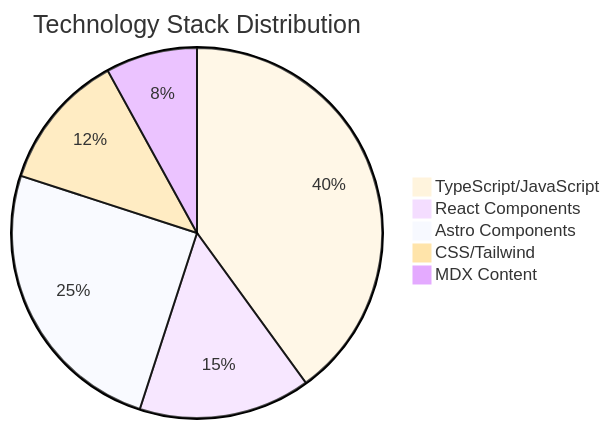
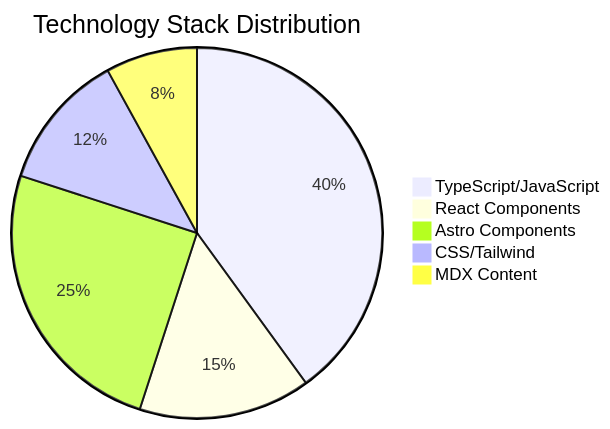
One commit to nilushan/profile-astro changed the ninth of 10 diagrams in src/content/blog/mermaid-diagrams-software-development.mdx. Above: the diagram before and after it, drawn with Mermaid. The commit also changed other lines of this file and 1 other file, not shown here.

````diff
--- a/src/content/blog/mermaid-diagrams-software-development.mdx
+++ b/src/content/blog/mermaid-diagrams-software-development.mdx
@@ -486,9 +408,8 @@
 ```mermaid
-%%{init: {'theme':'base'}}%%
 pie title Technology Stack Distribution
     "TypeScript/JavaScript" : 40
     "React Components" : 15
     "Astro Components" : 25
     "CSS/Tailwind" : 12
     "MDX Content" : 8
 ```
````
